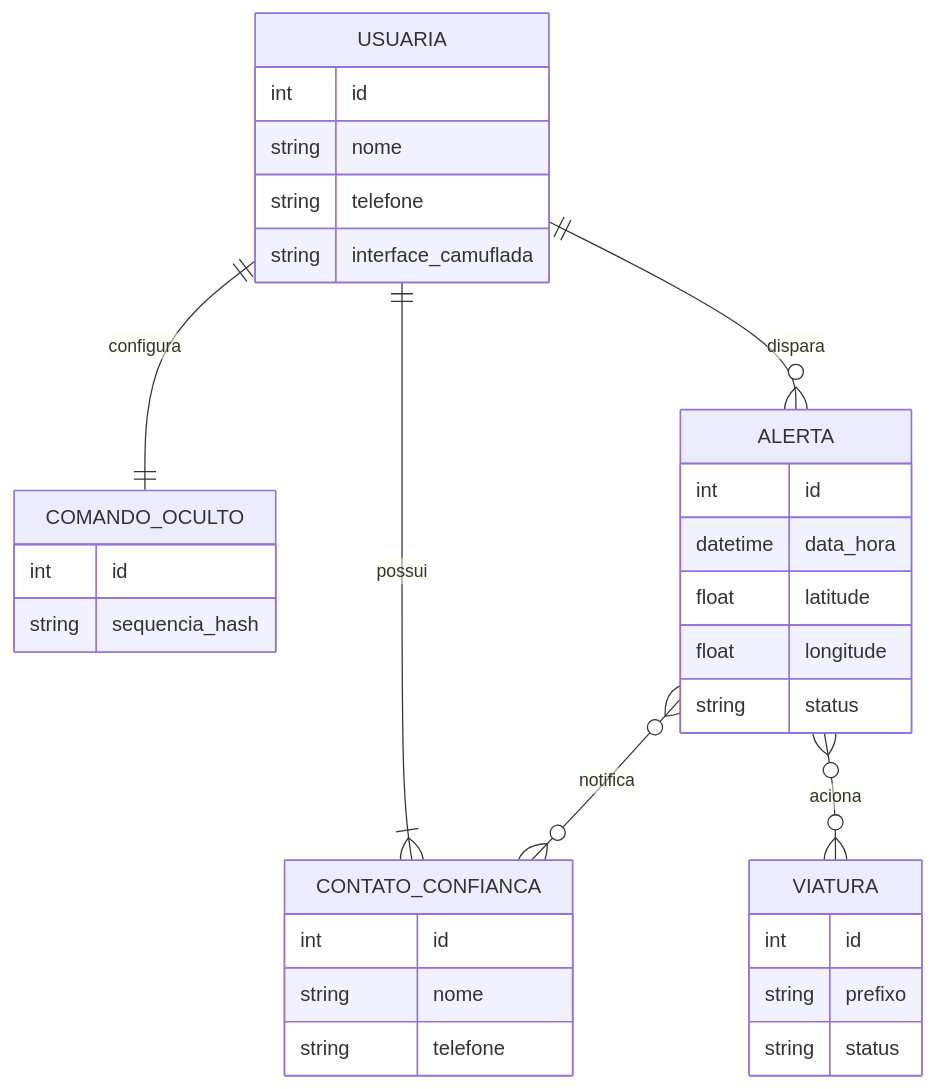
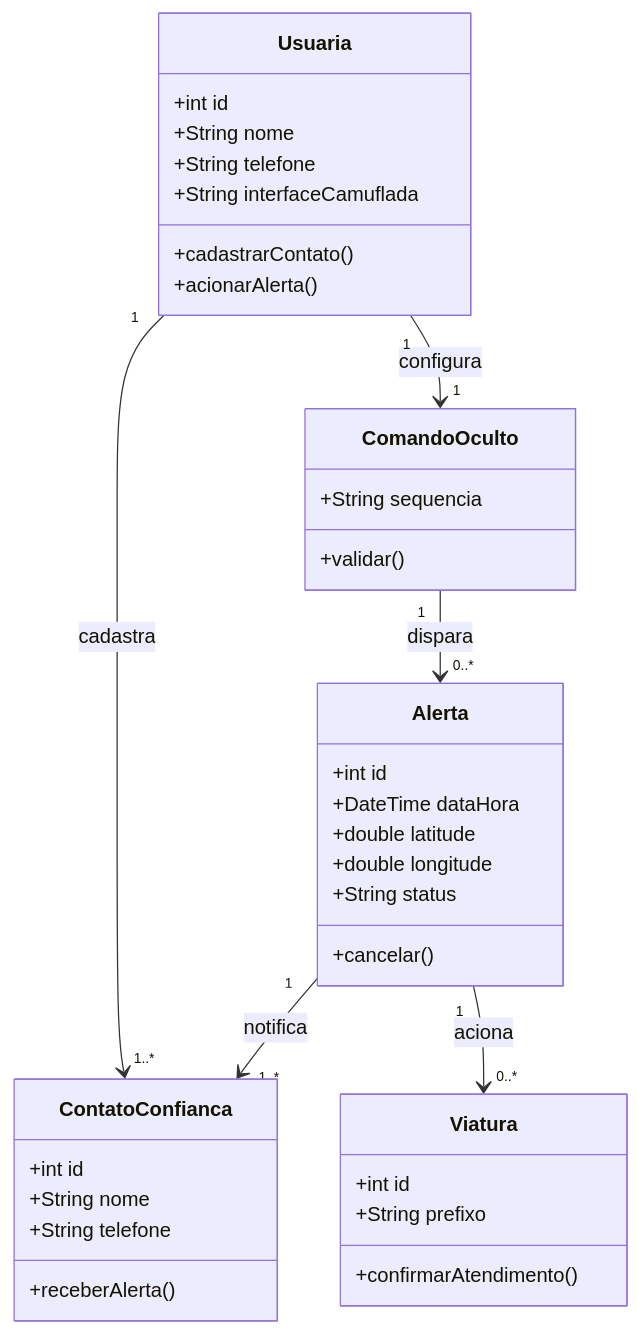
Before and after one commit to ProAtom10/Siren: the diagram in documentacao/diagramas.md, drawn with Mermaid.

Commit message:
Refactor diagram to use classDiagram syntax

````diff
--- a/documentacao/diagramas.md
+++ b/documentacao/diagramas.md
@@ -1,36 +1,44 @@
 ```mermaid
-erDiagram
-    USUARIA ||--|{ CONTATO_CONFIANCA : possui
-    USUARIA ||--|| COMANDO_OCULTO : configura
-    USUARIA ||--o{ ALERTA : dispara
-    ALERTA }o--o{ CONTATO_CONFIANCA : notifica
-    ALERTA }o--o{ VIATURA : aciona
+classDiagram
+    class Usuaria {
+        +int id
+        +String nome
+        +String telefone
+        +String interfaceCamuflada
+        +cadastrarContato()
+        +acionarAlerta()
+    }
 
-    USUARIA {
-        int id 
-        string nome
-        string telefone
-        string interface_camuflada
+    class ContatoConfianca {
+        +int id
+        +String nome
+        +String telefone
+        +receberAlerta()
     }
-    CONTATO_CONFIANCA {
-        int id 
-        string nome
-        string telefone
+
+    class ComandoOculto {
+        +String sequencia
+        +validar()
     }
-    COMANDO_OCULTO {
-        int id 
-        string sequencia_hash
+
+    class Alerta {
+        +int id
+        +DateTime dataHora
+        +double latitude
+        +double longitude
+        +String status
+        +cancelar()
     }
-    ALERTA {
-        int id 
-        datetime data_hora
-        float latitude
-        float longitude
-        string status
+
+    class Viatura {
+        +int id
+        +String prefixo
+        +confirmarAtendimento()
     }
-    VIATURA {
-        int id 
-        string prefixo
-        string status
-    }
+
+    Usuaria "1" --> "1..*" ContatoConfianca : cadastra
+    Usuaria "1" --> "1" ComandoOculto : configura
+    ComandoOculto "1" --> "0..*" Alerta : dispara
+    Alerta "1" --> "1..*" ContatoConfianca : notifica
+    Alerta "1" --> "0..*" Viatura : aciona
 ```
````
